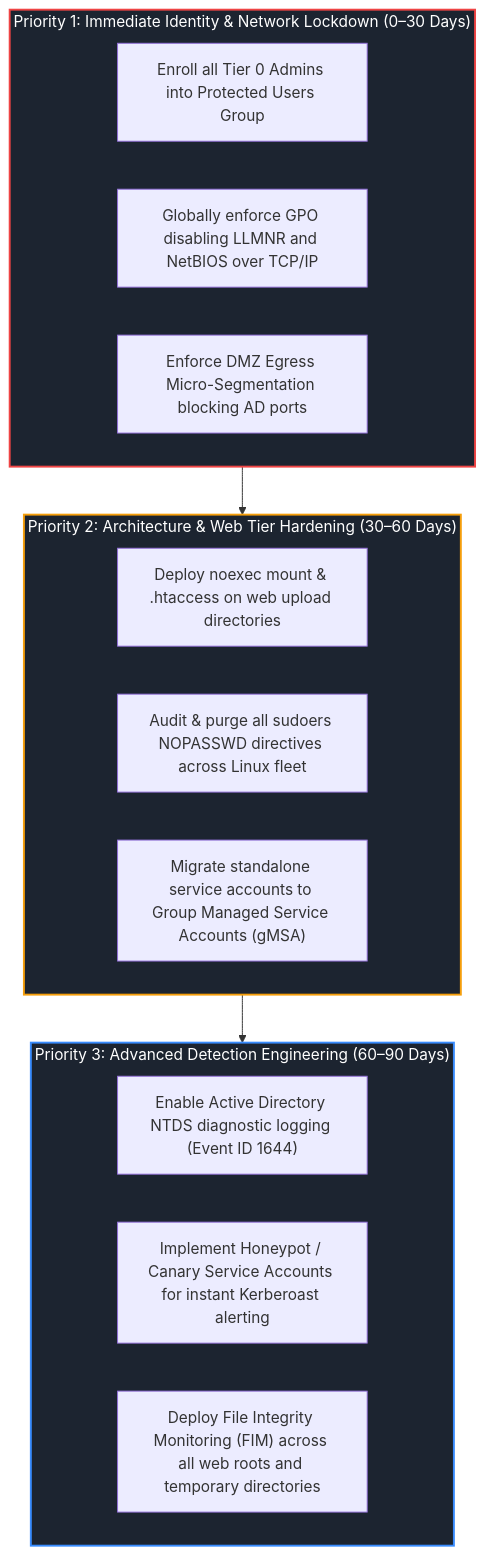
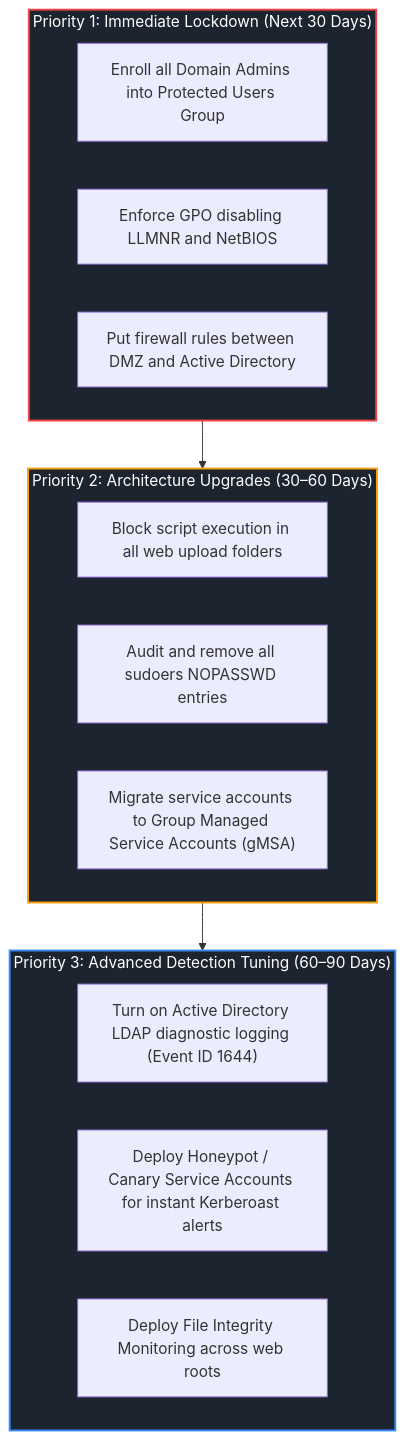
The second of 2 diagrams in 05-Incident-Report/incident-report.md (EclipseManic/SOC-Lab), drawn with Mermaid before and after one commit. The commit also changed other lines of this file and 10 other files, not shown here.

````diff
--- a/05-Incident-Report/incident-report.md
+++ b/05-Incident-Report/incident-report.md
@@ -241,26 +213,26 @@
 ```mermaid
 flowchart TD
-    subgraph P1["Priority 1: Immediate Identity & Network Lockdown (0–30 Days)"]
-        A1["Enroll all Tier 0 Admins into Protected Users Group"]
-        A2["Globally enforce GPO disabling LLMNR and NetBIOS over TCP/IP"]
-        A3["Enforce DMZ Egress Micro-Segmentation blocking AD ports"]
+    subgraph P1["Priority 1: Immediate Lockdown (Next 30 Days)"]
+        A1["Enroll all Domain Admins into Protected Users Group"]
+        A2["Enforce GPO disabling LLMNR and NetBIOS"]
+        A3["Put firewall rules between DMZ and Active Directory"]
     end
 
-    subgraph P2["Priority 2: Architecture & Web Tier Hardening (30–60 Days)"]
-        B1["Deploy noexec mount & .htaccess on web upload directories"]
-        B2["Audit & purge all sudoers NOPASSWD directives across Linux fleet"]
-        B3["Migrate standalone service accounts to Group Managed Service Accounts (gMSA)"]
+    subgraph P2["Priority 2: Architecture Upgrades (30–60 Days)"]
+        B1["Block script execution in all web upload folders"]
+        B2["Audit and remove all sudoers NOPASSWD entries"]
+        B3["Migrate service accounts to Group Managed Service Accounts (gMSA)"]
     end
 
-    subgraph P3["Priority 3: Advanced Detection Engineering (60–90 Days)"]
-        C1["Enable Active Directory NTDS diagnostic logging (Event ID 1644)"]
-        C2["Implement Honeypot / Canary Service Accounts for instant Kerberoast alerting"]
-        C3["Deploy File Integrity Monitoring (FIM) across all web roots and temporary directories"]
+    subgraph P3["Priority 3: Advanced Detection Tuning (60–90 Days)"]
+        C1["Turn on Active Directory LDAP diagnostic logging (Event ID 1644)"]
+        C2["Deploy Honeypot / Canary Service Accounts for instant Kerberoast alerts"]
+        C3["Deploy File Integrity Monitoring across web roots"]
     end
 
     P1 --> P2 --> P3
 
     style P1 fill:#1c2430,stroke:#ef4444,stroke-width:2px,color:#fff
     style P2 fill:#1c2430,stroke:#f59e0b,stroke-width:2px,color:#fff
     style P3 fill:#1c2430,stroke:#388bfd,stroke-width:2px,color:#fff
 ```
````
